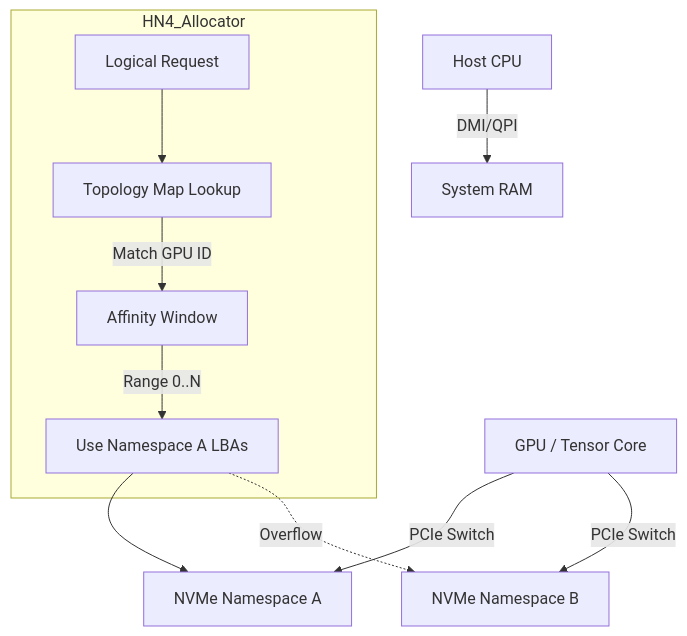
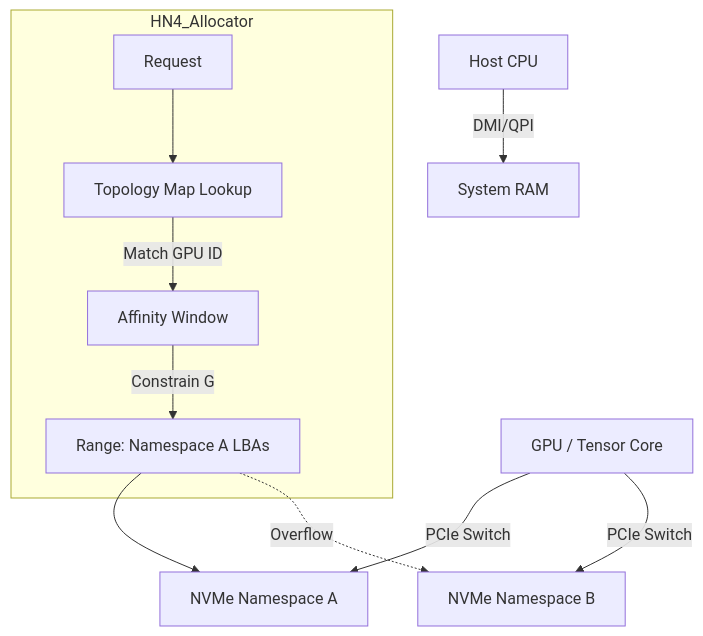
Before and after one commit to hn4-dev/hn4: the diagram in docs/math.md, drawn with Mermaid. The commit also changed other lines of this file and 30 other files, not shown here.

````diff
--- a/docs/math.md
+++ b/docs/math.md
@@ -190,15 +173,15 @@
 ```mermaid
 graph TD
     GPU[GPU / Tensor Core] -->|PCIe Switch| NVMe_A[NVMe Namespace A]
     GPU -->|PCIe Switch| NVMe_B[NVMe Namespace B]
     CPU[Host CPU] -->|DMI/QPI| RAM[System RAM]
 
     subgraph HN4_Allocator
-    Log[Logical Request] --> Lookup[Topology Map Lookup]
+    Log[Request] --> Lookup[Topology Map Lookup]
     Lookup -->|Match GPU ID| Aff[Affinity Window]
-    Aff -->|Range 0..N| ZoneA[Use Namespace A LBAs]
+    Aff -->|Constrain G| ZoneA[Range: Namespace A LBAs]
     end
 
     ZoneA --> NVMe_A
     ZoneA -.->|Overflow| NVMe_B
 ```
````
